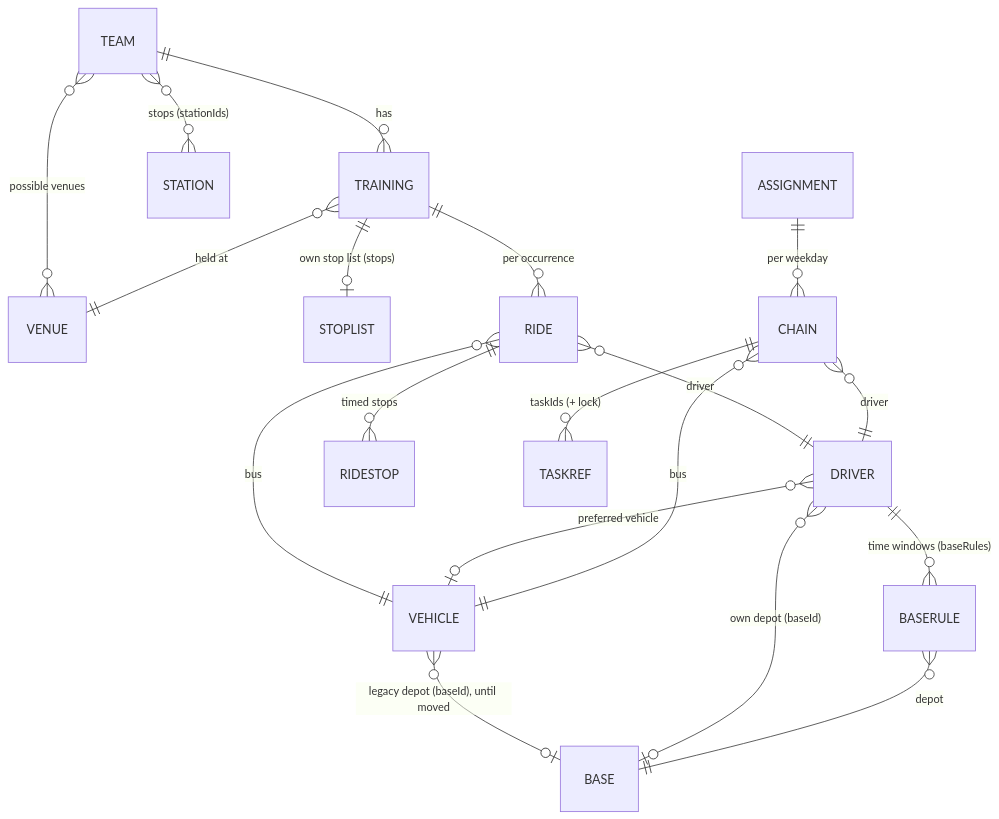
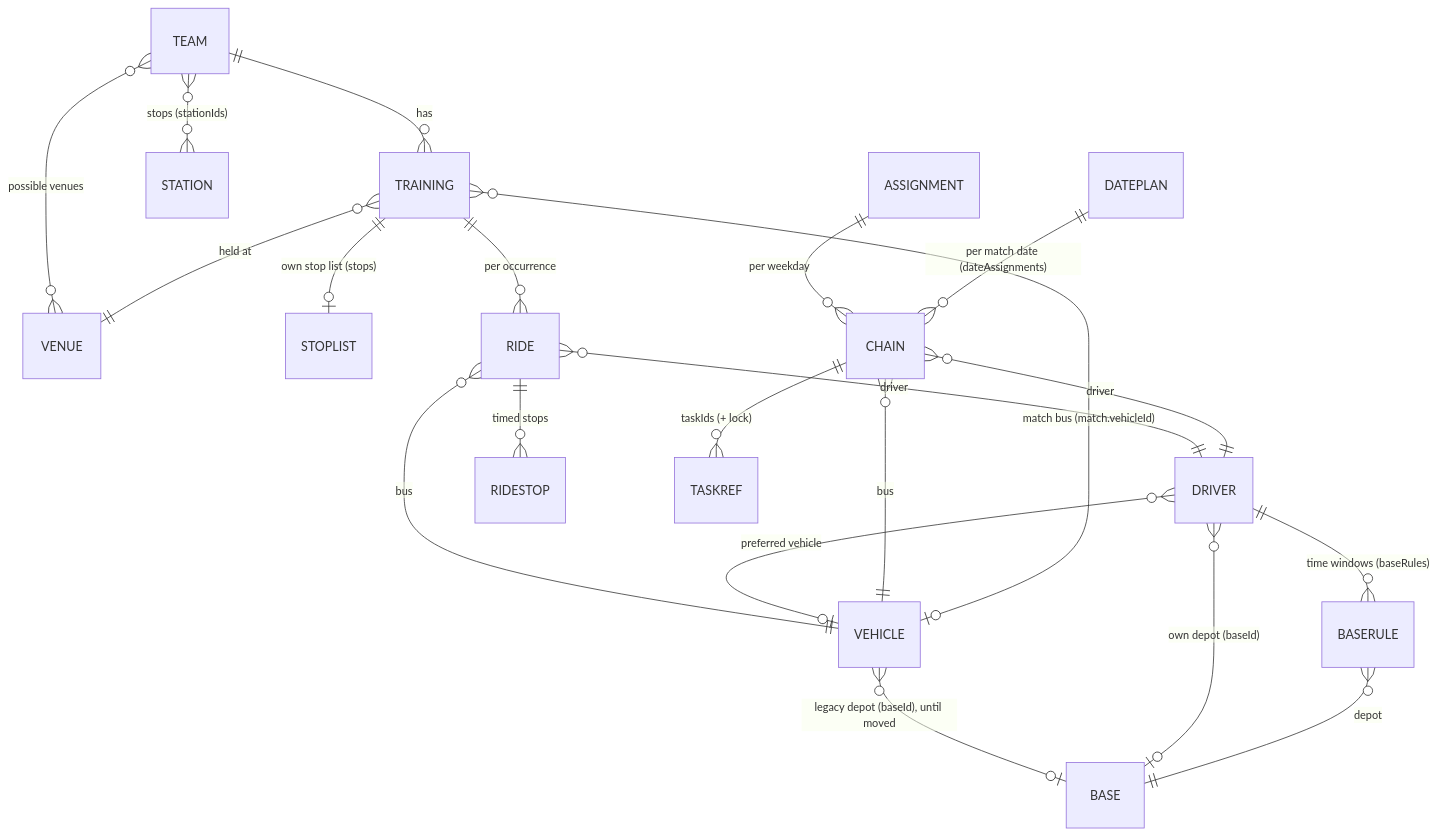
The third of 4 diagrams in docs/ARCHITECTURE.md (btndbrt/fuvarterv), drawn with Mermaid before and after one commit. The commit also changed other lines of this file and 12 other files, not shown here.

````diff
--- a/docs/ARCHITECTURE.md
+++ b/docs/ARCHITECTURE.md
@@ -280,21 +283,23 @@
 ```mermaid
 erDiagram
     TEAM ||--o{ TRAINING : "has"
     TEAM }o--o{ STATION : "stops (stationIds)"
     TEAM }o--o{ VENUE : "possible venues"
     TRAINING }o--|| VENUE : "held at"
     TRAINING ||--o| STOPLIST : "own stop list (stops)"
     TRAINING ||--o{ RIDE : "per occurrence"
     RIDE }o--|| VEHICLE : "bus"
     RIDE }o--|| DRIVER : "driver"
     RIDE ||--o{ RIDESTOP : "timed stops"
     VEHICLE }o--o| BASE : "legacy depot (baseId), until moved"
     DRIVER }o--o| BASE : "own depot (baseId)"
     DRIVER ||--o{ BASERULE : "time windows (baseRules)"
     BASERULE }o--|| BASE : "depot"
     DRIVER }o--o| VEHICLE : "preferred vehicle"
     ASSIGNMENT ||--o{ CHAIN : "per weekday"
     CHAIN }o--|| DRIVER : "driver"
     CHAIN }o--|| VEHICLE : "bus"
     CHAIN ||--o{ TASKREF : "taskIds (+ lock)"
+    DATEPLAN ||--o{ CHAIN : "per match date (dateAssignments)"
+    TRAINING }o--o| VEHICLE : "match bus (match.vehicleId)"
 ```
````
